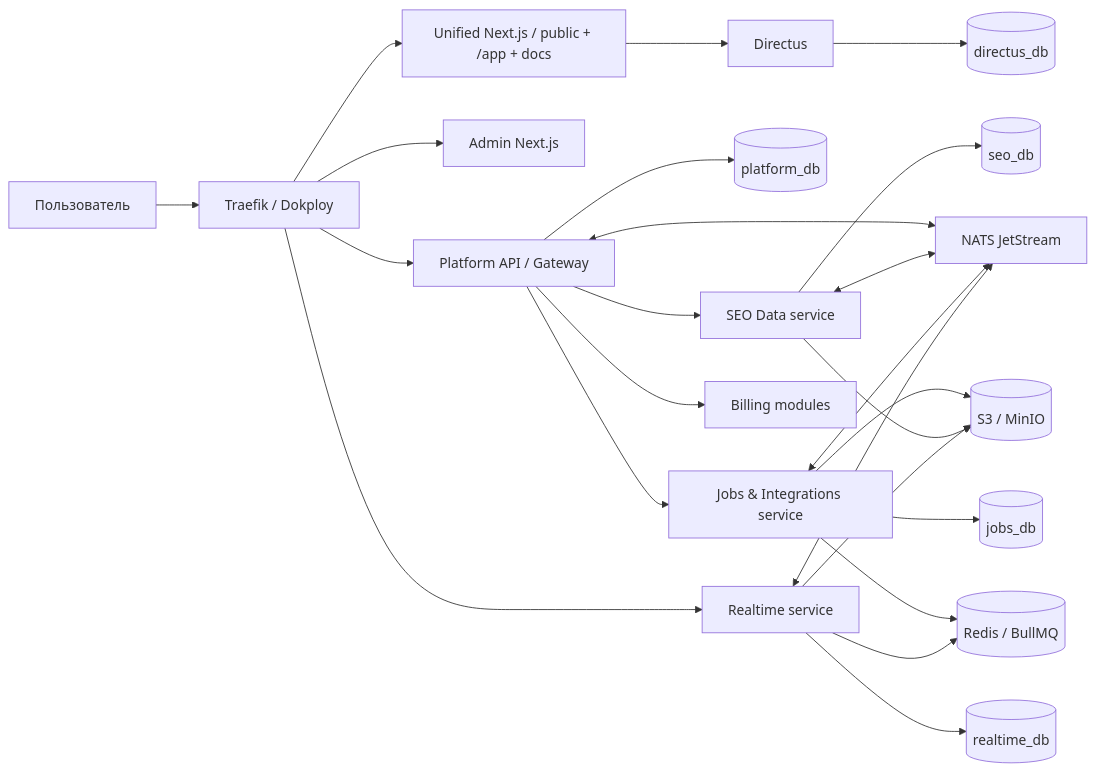
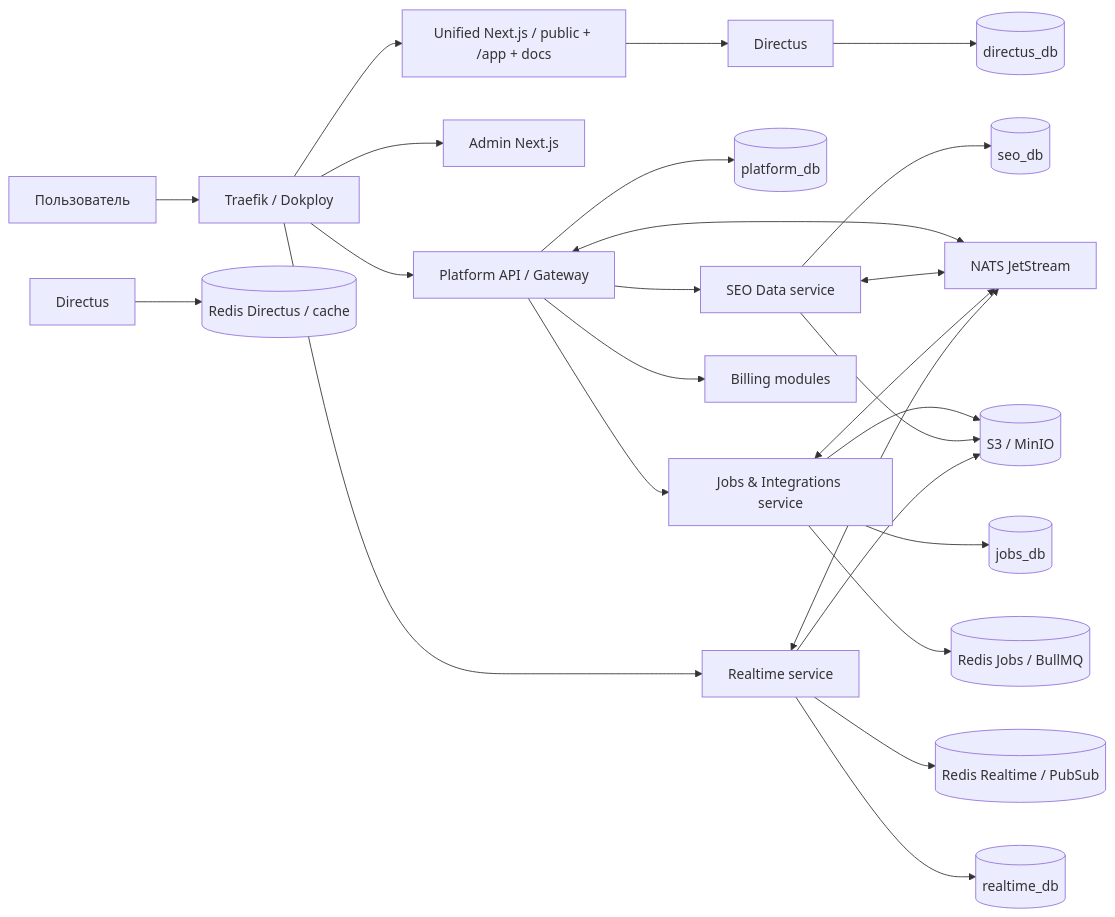
Before and after one commit to ker4ik13/seo-platform: the diagram in docs/technical-spec/12-system-architecture-and-repositories.md, drawn with Mermaid. The commit also changed other lines of this file and 38 other files, not shown here.

````diff
--- a/docs/technical-spec/12-system-architecture-and-repositories.md
+++ b/docs/technical-spec/12-system-architecture-and-repositories.md
@@ -20,30 +20,31 @@
 ```mermaid
 flowchart LR
     U["Пользователь"] --> T["Traefik / Dokploy"]
     T --> WEB["Unified Next.js / public + /app + docs"]
     T --> ADM["Admin Next.js"]
     T --> API["Platform API / Gateway"]
     T --> RT["Realtime service"]
 
     API --> COREDB[("platform_db")]
     API --> SEO["SEO Data service"]
     API --> JOB["Jobs & Integrations service"]
     API --> BILL["Billing modules"]
 
     SEO --> SEODB[("seo_db")]
     JOB --> JOBDB[("jobs_db")]
-    JOB --> REDIS[("Redis / BullMQ")]
-    RT --> REDIS
+    JOB --> JOBREDIS[("Redis Jobs / BullMQ")]
+    RT --> RTREDIS[("Redis Realtime / PubSub")]
+    CMS["Directus"] --> CMSREDIS[("Redis Directus / cache")]
     RT --> RTDB[("realtime_db")]
 
     API <--> NATS["NATS JetStream"]
     SEO <--> NATS
     JOB <--> NATS
     RT <--> NATS
 
     JOB --> S3[("S3 / MinIO")]
     SEO --> S3
     RT --> S3
     WEB --> DIRECTUS["Directus"]
     DIRECTUS --> CMSDB[("directus_db")]
 ```
````
